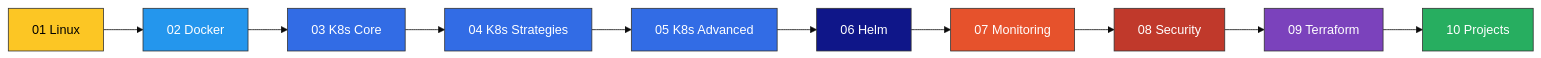
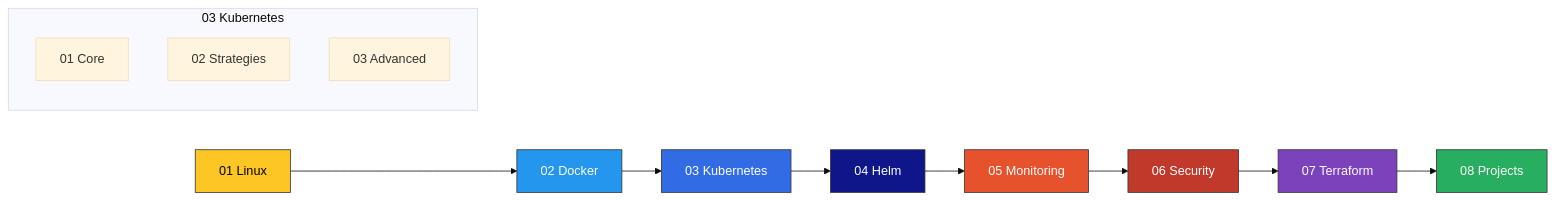
One commit to srinivaskona7/devops-learning changed the diagram in README.md. Above: the diagram before and after it, drawn with Mermaid (base theme). The commit also changed other lines of this file and 683 other files, not shown here.

````diff
--- a/README.md
+++ b/README.md
@@ -32,22 +47,24 @@
 ```mermaid
 flowchart LR
     A[01 Linux] --> B[02 Docker]
-    B --> C[03 K8s Core]
-    C --> D[04 K8s Strategies]
-    D --> E[05 K8s Advanced]
-    E --> F[06 Helm]
-    F --> G[07 Monitoring]
-    G --> H[08 Security]
-    H --> I[09 Terraform]
-    I --> J[10 Projects]
+    B --> C[03 Kubernetes]
+    C --> D[04 Helm]
+    D --> E[05 Monitoring]
+    E --> F[06 Security]
+    F --> G[07 Terraform]
+    G --> H[08 Projects]
+    subgraph K8s [03 Kubernetes]
+      direction TB
+      C1[01 Core]
+      C2[02 Strategies]
+      C3[03 Advanced]
+    end
     style A fill:#FCC624,stroke:#333,color:#000
     style B fill:#2496ED,stroke:#333,color:#fff
     style C fill:#326CE5,stroke:#333,color:#fff
-    style D fill:#326CE5,stroke:#333,color:#fff
-    style E fill:#326CE5,stroke:#333,color:#fff
-    style F fill:#0F1689,stroke:#333,color:#fff
-    style G fill:#E6522C,stroke:#333,color:#fff
-    style H fill:#C0392B,stroke:#333,color:#fff
-    style I fill:#7B42BC,stroke:#333,color:#fff
-    style J fill:#27AE60,stroke:#333,color:#fff
+    style D fill:#0F1689,stroke:#333,color:#fff
+    style E fill:#E6522C,stroke:#333,color:#fff
+    style F fill:#C0392B,stroke:#333,color:#fff
+    style G fill:#7B42BC,stroke:#333,color:#fff
+    style H fill:#27AE60,stroke:#333,color:#fff
 ```
````
